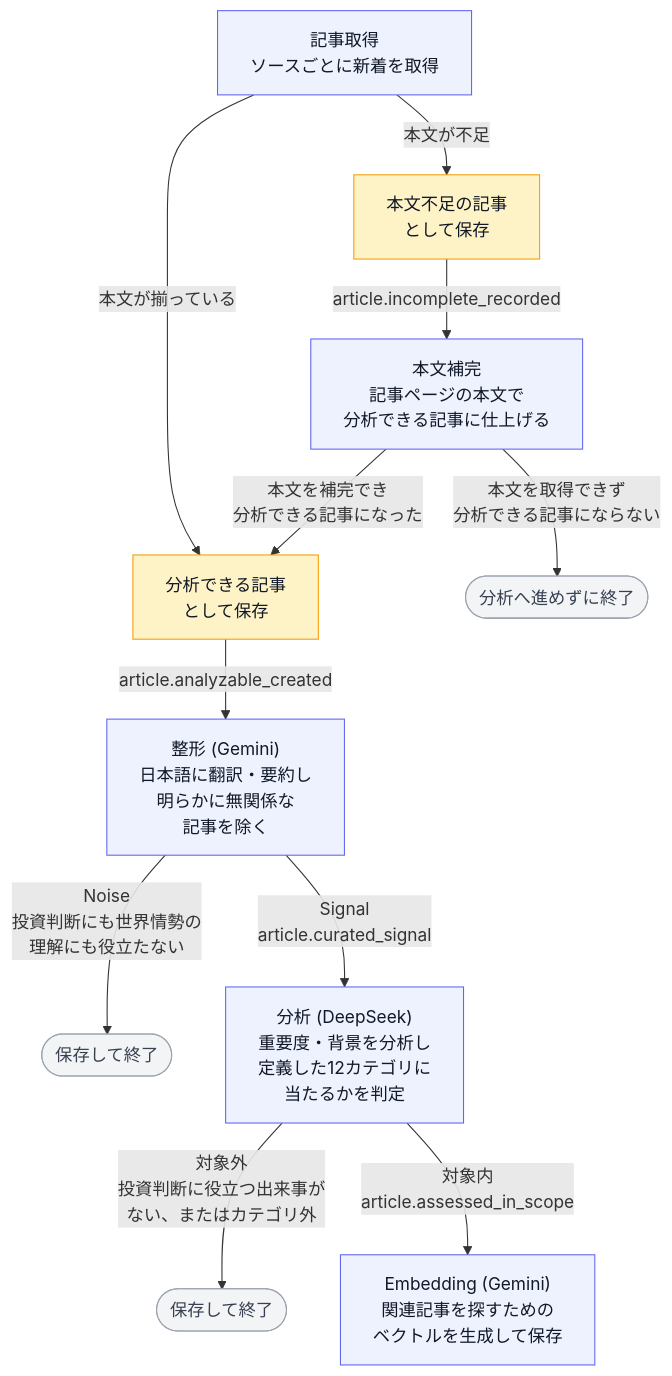
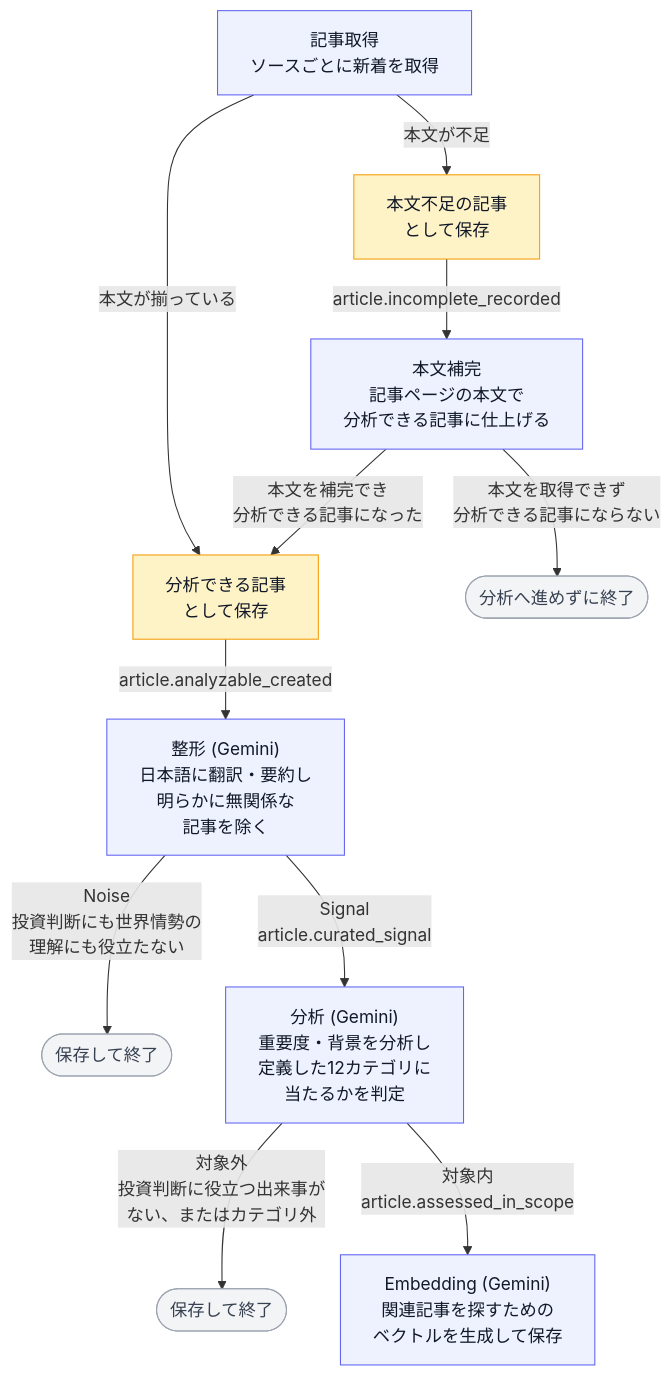
One commit to yook11/Vector changed the second of 2 diagrams in README.md. Above: the diagram before and after it, drawn with Mermaid. The commit also changed other lines of this file and 6 other files, not shown here.

````diff
--- a/README.md
+++ b/README.md
@@ -131,21 +131,21 @@
 ```mermaid
 flowchart TB
     ACQ["記事取得<br/>ソースごとに新着を取得"]
     ACQ -->|本文が揃っている| ANALYZABLE["分析できる記事<br/>として保存"]
     ACQ -->|本文が不足| INCOMPLETE["本文不足の記事<br/>として保存"]
     INCOMPLETE -->|"article.incomplete_recorded"| COMP["本文補完<br/>記事ページの本文で<br/>分析できる記事に仕上げる"]
     COMP -->|"本文を補完でき<br/>分析できる記事になった"| ANALYZABLE
     COMP -->|"本文を取得できず<br/>分析できる記事にならない"| END1(["分析へ進めずに終了"])
     ANALYZABLE -->|"article.analyzable_created"| CUR["整形 (Gemini)<br/>日本語に翻訳・要約し<br/>明らかに無関係な<br/>記事を除く"]
     CUR -->|"Noise<br/>投資判断にも世界情勢の<br/>理解にも役立たない"| END2(["保存して終了"])
-    CUR -->|"Signal<br/>article.curated_signal"| ASSESS["分析 (DeepSeek)<br/>重要度・背景を分析し<br/>定義した12カテゴリに<br/>当たるかを判定"]
+    CUR -->|"Signal<br/>article.curated_signal"| ASSESS["分析 (Gemini)<br/>重要度・背景を分析し<br/>定義した12カテゴリに<br/>当たるかを判定"]
     ASSESS -->|"対象外<br/>投資判断に役立つ出来事が<br/>ない、またはカテゴリ外"| END3(["保存して終了"])
     ASSESS -->|"対象内<br/>article.assessed_in_scope"| EMB["Embedding (Gemini)<br/>関連記事を探すための<br/>ベクトルを生成して保存"]
 
     classDef stage fill:#eef2ff,stroke:#6366f1,color:#111827;
     classDef saved fill:#fef3c7,stroke:#f59e0b,color:#111827;
     classDef stop fill:#f3f4f6,stroke:#9ca3af,color:#374151;
     class ACQ,COMP,CUR,ASSESS,EMB stage
     class ANALYZABLE,INCOMPLETE saved
     class END1,END2,END3 stop
 ```
````
